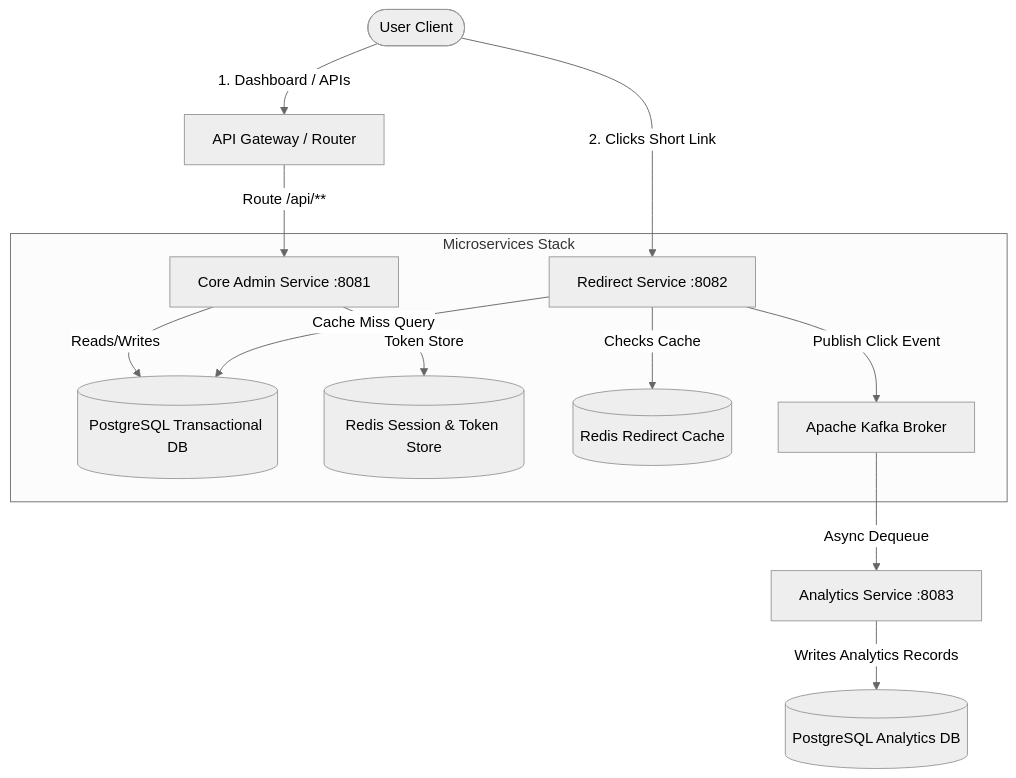
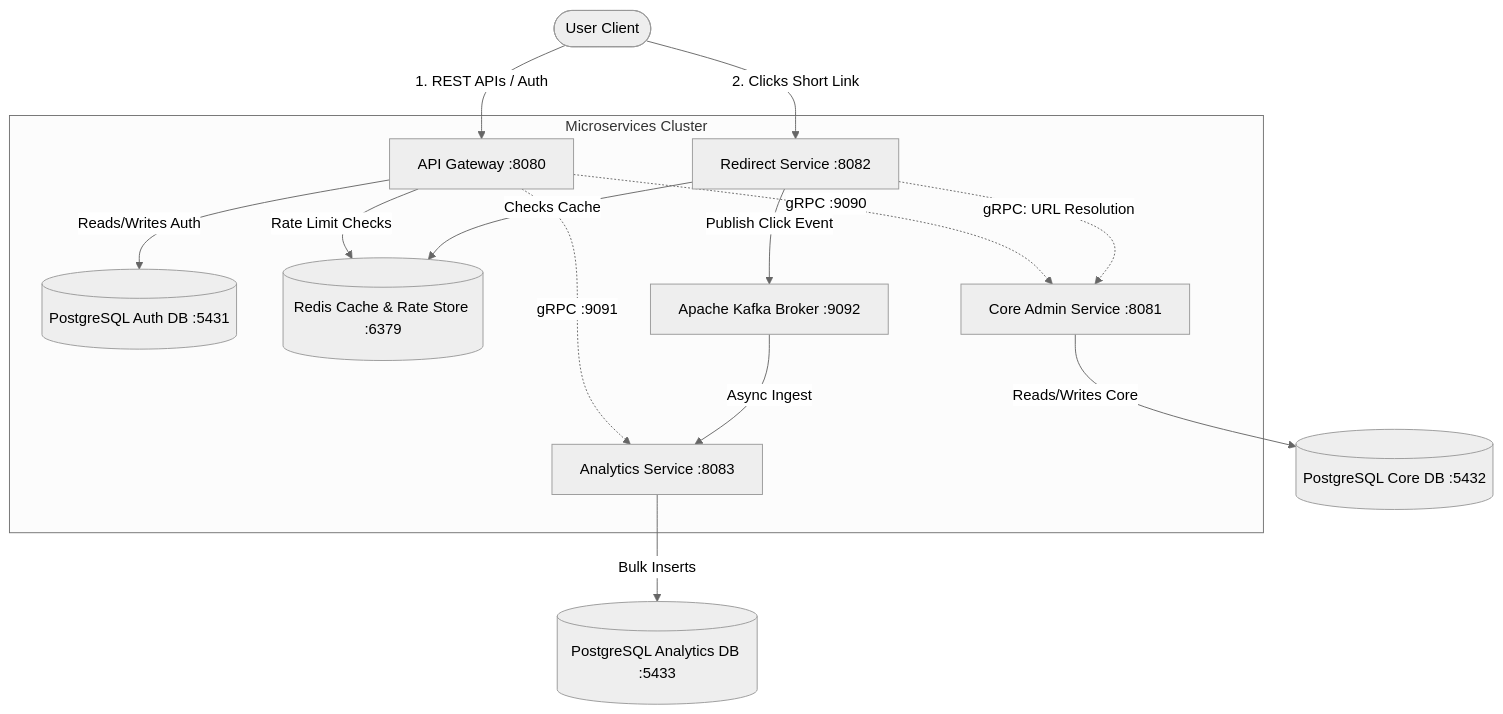
The first of 3 diagrams in docs/url_shortener_design_doc.md (TheFastest599/url-shortener), drawn with Mermaid (neutral theme) before and after one commit. The commit also changed other lines of this file and 12 other files, not shown here.

````diff
--- a/docs/url_shortener_design_doc.md
+++ b/docs/url_shortener_design_doc.md
@@ -19,22 +50,25 @@
 ```mermaid
 graph TD
-    User([User Client]) -->|1. Dashboard / APIs| API_Gateway[API Gateway / Router]
+    User([User Client]) -->|1. REST APIs / Auth| API_Gateway[API Gateway :8080]
     User -->|2. Clicks Short Link| MS_Redirect[Redirect Service :8082]
     
-    API_Gateway -->|Route /api/**| MS_Core[Core Admin Service :8081]
-    
-    subgraph Microservices Stack
-        %% Core Admin Service
-        MS_Core -->|Reads/Writes| DB_Transactional[(PostgreSQL Transactional DB)]
-        MS_Core -->|Token Store| Redis_Auth[(Redis Session & Token Store)]
+    subgraph Microservices Cluster
+        %% API Gateway & Auth
+        API_Gateway -->|Reads/Writes Auth| DB_Auth[(PostgreSQL Auth DB :5431)]
+        API_Gateway -->|Rate Limit Checks| Redis_Shared[(Redis Cache & Rate Store :6379)]
+        
+        %% gRPC Channels
+        API_Gateway -.->|gRPC :9090| MS_Core[Core Admin Service :8081]
+        API_Gateway -.->|gRPC :9091| MS_Analytics[Analytics Service :8083]
         
         %% Redirect Service
-        MS_Redirect -->|Checks Cache| Redis_Cache[(Redis Redirect Cache)]
-        MS_Redirect -->|Cache Miss Query| DB_Transactional
-        MS_Redirect -->|Publish Click Event| KafkaBroker[Apache Kafka Broker]
+        MS_Redirect -->|Checks Cache| Redis_Shared
+        MS_Redirect -.->|gRPC: URL Resolution| MS_Core
+        MS_Redirect -->|Publish Click Event| KafkaBroker[Apache Kafka Broker :9092]
     end
     
-    %% Analytics Service
-    KafkaBroker -->|Async Dequeue| MS_Analytics[Analytics Service :8083]
-    MS_Analytics -->|Writes Analytics Records| DB_Analytics[(PostgreSQL Analytics DB)]
+    %% Core & Analytics DBs
+    MS_Core -->|Reads/Writes Core| DB_Core[(PostgreSQL Core DB :5432)]
+    KafkaBroker -->|Async Ingest| MS_Analytics
+    MS_Analytics -->|Bulk Inserts| DB_Analytics[(PostgreSQL Analytics DB :5433)]
 ```
````
